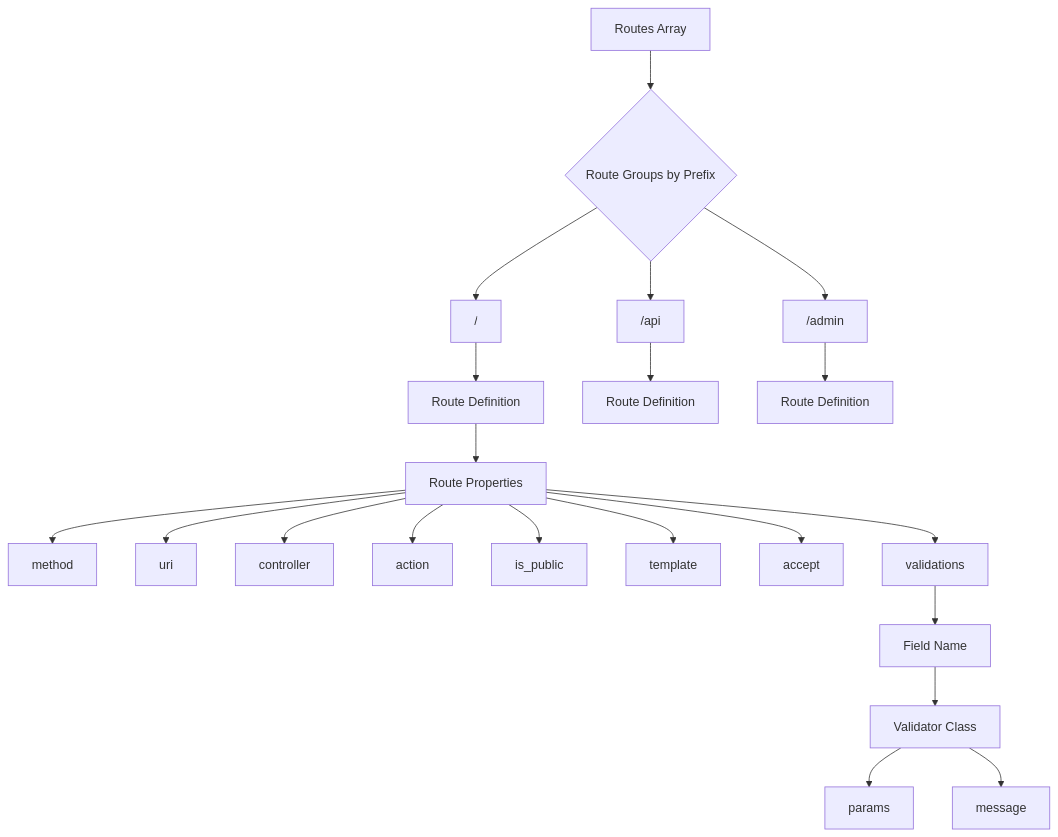
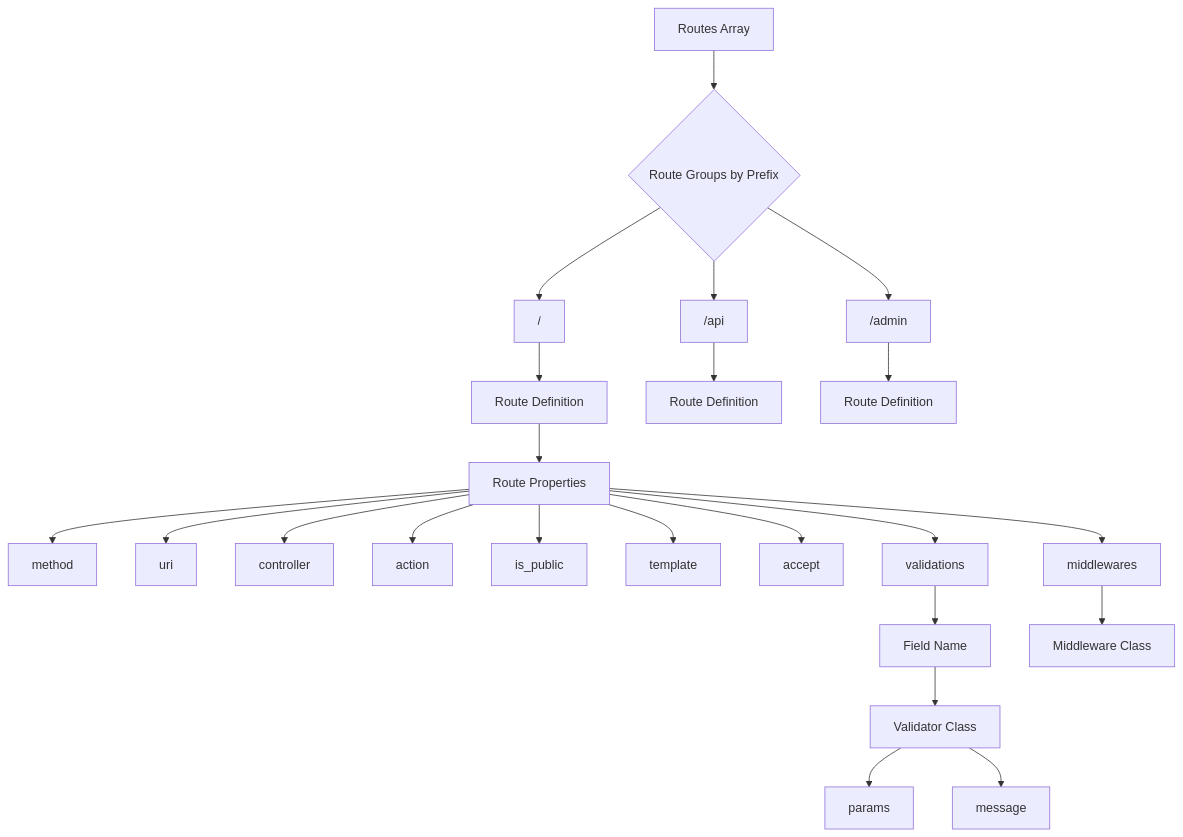
One commit to zekiunal/router changed the third of 4 diagrams in README.md. Above: the diagram before and after it, drawn with Mermaid. The commit also changed other lines of this file and 1 other file, not shown here.

Commit message:
Added middleware

````diff
--- a/README.md
+++ b/README.md
@@ -325,26 +461,29 @@
 ```mermaid
 flowchart TD
     A[Routes Array] --> B{Route Groups by Prefix}
     B --> C["/"]
     B --> D["/api"]
     B --> E["/admin"]
     
     C --> F[Route Definition]
     D --> G[Route Definition]
     E --> H[Route Definition]
     
     F --> I[Route Properties]
     I --> J[method]
     I --> K[uri]
     I --> L[controller]
     I --> M[action]
     I --> N[is_public]
     I --> O[template]
     I --> P[accept]
     I --> Q[validations]
+    I --> R[middlewares]
     
-    Q --> R[Field Name]
-    R --> S[Validator Class]
-    S --> T[params]
-    S --> U[message]
+    Q --> S[Field Name]
+    S --> T[Validator Class]
+    T --> U[params]
+    T --> V[message]
+    
+    R --> W[Middleware Class]
 ```
````
